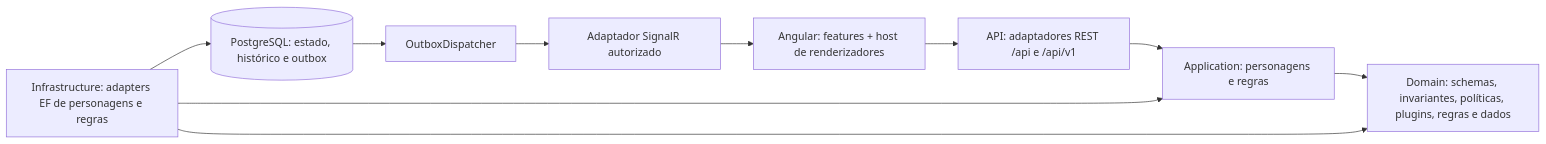
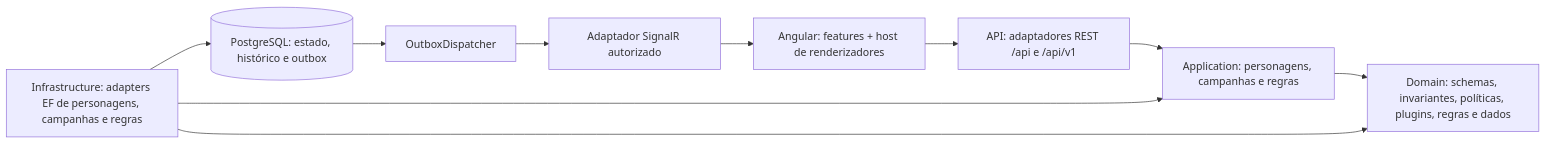
One commit to Kilop206/Cronicas changed the diagram in docs/architecture/TARGET_ARCHITECTURE.md. Above: the diagram before and after it, drawn with Mermaid. The commit also changed other lines of this file and 38 other files, not shown here.

````diff
--- a/docs/architecture/TARGET_ARCHITECTURE.md
+++ b/docs/architecture/TARGET_ARCHITECTURE.md
@@ -5,12 +5,12 @@
 ```mermaid
 flowchart LR
   UI[Angular: features + host de renderizadores] --> HTTP[API: adaptadores REST /api e /api/v1]
-  HTTP --> App[Application: personagens e regras]
+  HTTP --> App[Application: personagens, campanhas e regras]
   App --> Domain[Domain: schemas, invariantes, políticas, plugins, regras e dados]
-  Infra[Infrastructure: adapters EF de personagens e regras] --> App
+  Infra[Infrastructure: adapters EF de personagens, campanhas e regras] --> App
   Infra --> Domain
   Infra --> PG[(PostgreSQL: estado, histórico e outbox)]
   PG --> Dispatcher[OutboxDispatcher]
   Dispatcher --> Handler[Adaptador SignalR autorizado]
   Handler --> UI
 ```
````
